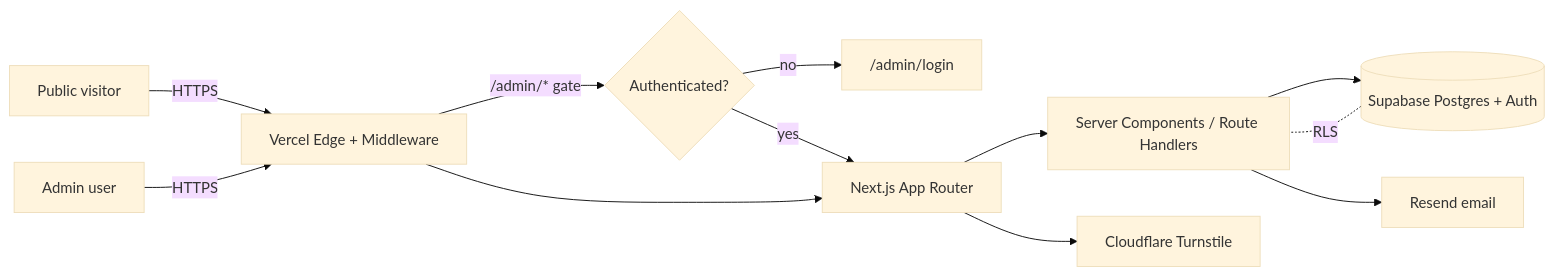
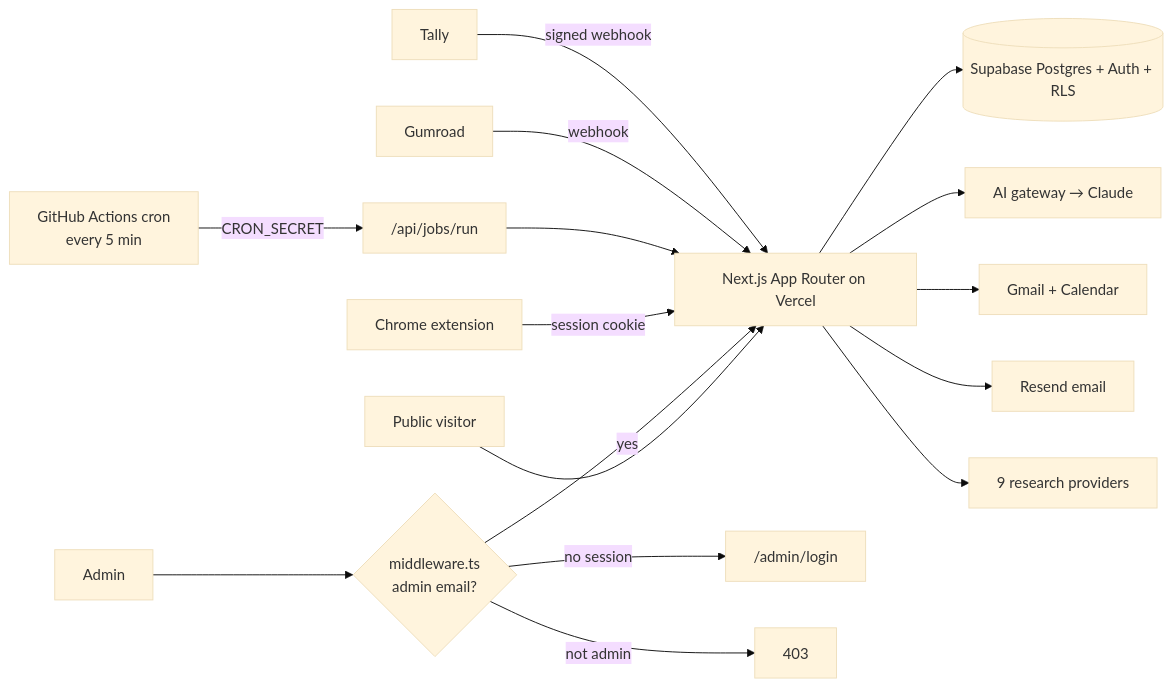
Before and after one commit to ChaturvediShivam/shivam-portfolio: the diagram in README.md, drawn with Mermaid (base theme). The commit also changed other lines of this file, not shown here.

````diff
--- a/README.md
+++ b/README.md
@@ -42,14 +45,18 @@
 ```mermaid
 flowchart LR
-    Visitor[Public visitor] -->|HTTPS| Edge[Vercel Edge + Middleware]
-    Admin[Admin user] -->|HTTPS| Edge
-    Edge -->|"/admin/*" gate| MW{Authenticated?}
-    MW -- no --> Login["/admin/login"]
-    MW -- yes --> App[Next.js App Router]
-    Edge --> App
-    App --> RSC[Server Components / Route Handlers]
-    RSC --> SB[(Supabase Postgres + Auth)]
-    RSC --> Resend[Resend email]
-    App --> CF[Cloudflare Turnstile]
-    SB -. RLS .- RSC
+    Visitor[Public visitor] --> App[Next.js App Router on Vercel]
+    Admin[Admin] --> MW{middleware.ts<br/>admin email?}
+    MW -- no session --> Login["/admin/login"]
+    MW -- not admin --> F[403]
+    MW -- yes --> App
+    Ext[Chrome extension] -->|session cookie| App
+    GH[GitHub Actions cron<br/>every 5 min] -->|CRON_SECRET| Jobs["/api/jobs/run"]
+    Jobs --> App
+    App --> SB[(Supabase Postgres + Auth + RLS)]
+    App --> AI[AI gateway → Claude]
+    App --> Google[Gmail + Calendar]
+    App --> Resend[Resend email]
+    App --> Research[9 research providers]
+    Gumroad[Gumroad] -->|webhook| App
+    Tally[Tally] -->|signed webhook| App
 ```
````
